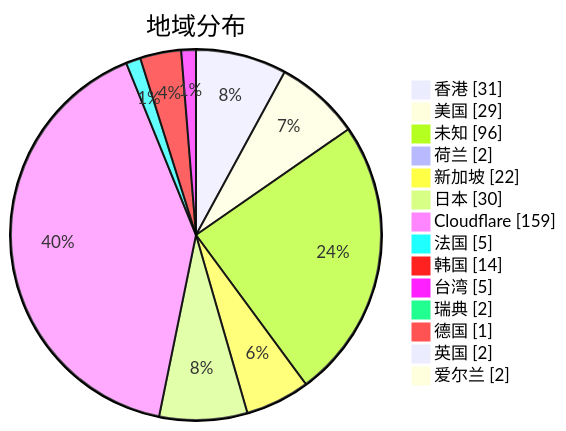
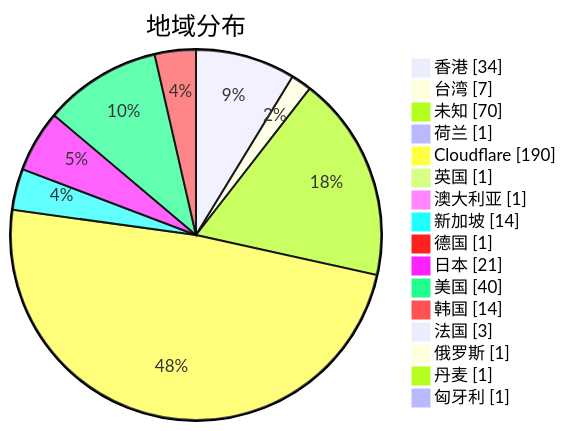
The second of 3 diagrams in subs/statistics/tested_within.md (qjlxg/airport), drawn with Mermaid before and after one commit. The commit also changed other lines of this file and 2 other files, not shown here.

Commit message:
Tested by metaST

````diff
--- a/subs/statistics/tested_within.md
+++ b/subs/statistics/tested_within.md
@@ -13,18 +13,20 @@
 ```mermaid
 pie showData
 title 地域分布
-"香港" : 31
-"美国" : 29
-"未知" : 96
-"荷兰" : 2
-"新加坡" : 22
-"日本" : 30
-"Cloudflare" : 159
-"法国" : 5
+"香港" : 34
+"台湾" : 7
+"未知" : 70
+"荷兰" : 1
+"Cloudflare" : 190
+"英国" : 1
+"澳大利亚" : 1
+"新加坡" : 14
+"德国" : 1
+"日本" : 21
+"美国" : 40
 "韩国" : 14
-"台湾" : 5
-"瑞典" : 2
-"德国" : 1
-"英国" : 2
-"爱尔兰" : 2
+"法国" : 3
+"俄罗斯" : 1
+"丹麦" : 1
+"匈牙利" : 1
 ```
````
